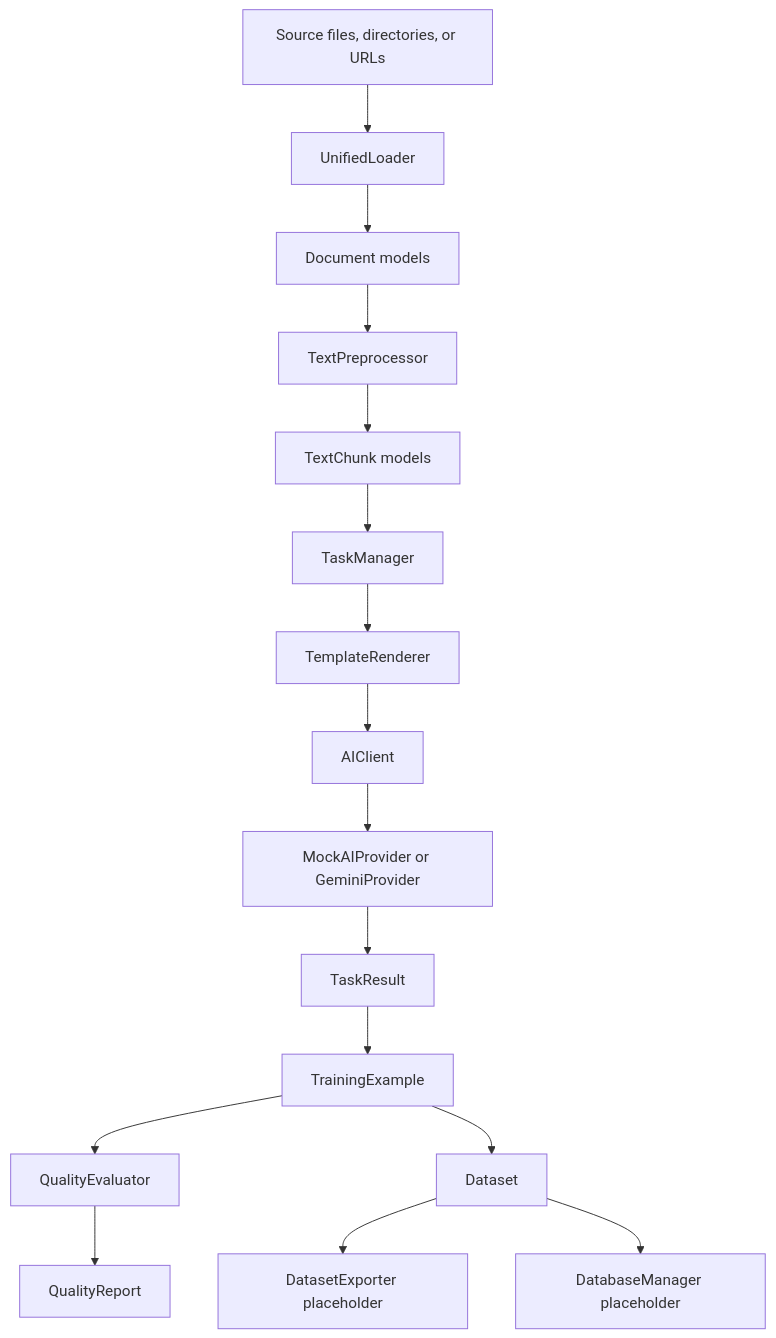
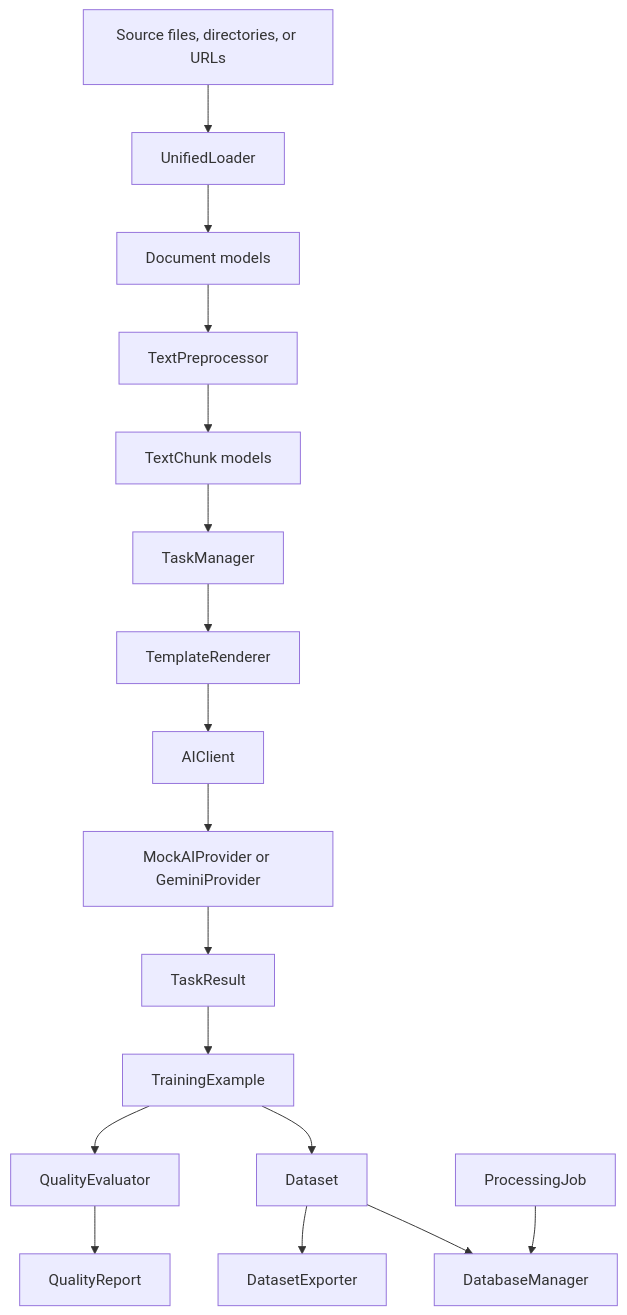
The diagram in ARCHITECTURE.md (Leyan365/prod-ai-data-factory), drawn with Mermaid before and after one commit. The commit also changed other lines of this file and 3 other files, not shown here.

````diff
--- a/ARCHITECTURE.md
+++ b/ARCHITECTURE.md
@@ -98,18 +131,19 @@
 ```mermaid
 flowchart TD
     A["Source files, directories, or URLs"] --> B["UnifiedLoader"]
     B --> C["Document models"]
     C --> D["TextPreprocessor"]
     D --> E["TextChunk models"]
     E --> F["TaskManager"]
     F --> G["TemplateRenderer"]
     G --> H["AIClient"]
     H --> I["MockAIProvider or GeminiProvider"]
     I --> J["TaskResult"]
     J --> K["TrainingExample"]
     K --> L["QualityEvaluator"]
     L --> M["QualityReport"]
     K --> N["Dataset"]
-    N --> O["DatasetExporter placeholder"]
-    N --> P["DatabaseManager placeholder"]
+    N --> O["DatasetExporter"]
+    N --> P["DatabaseManager"]
+    Q["ProcessingJob"] --> P
 ```
````
